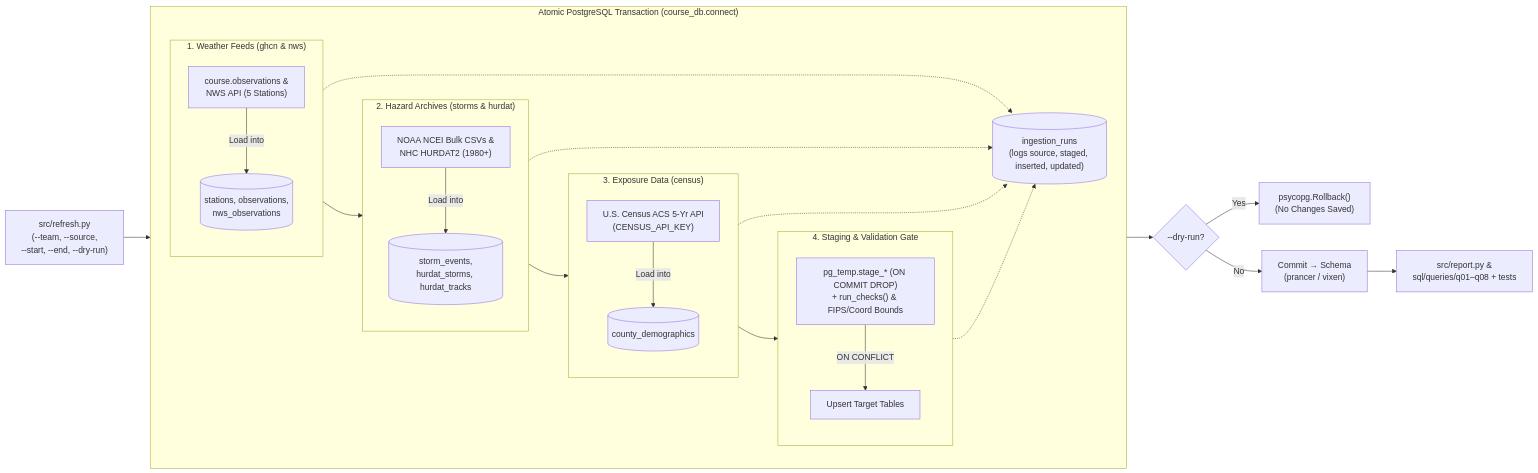
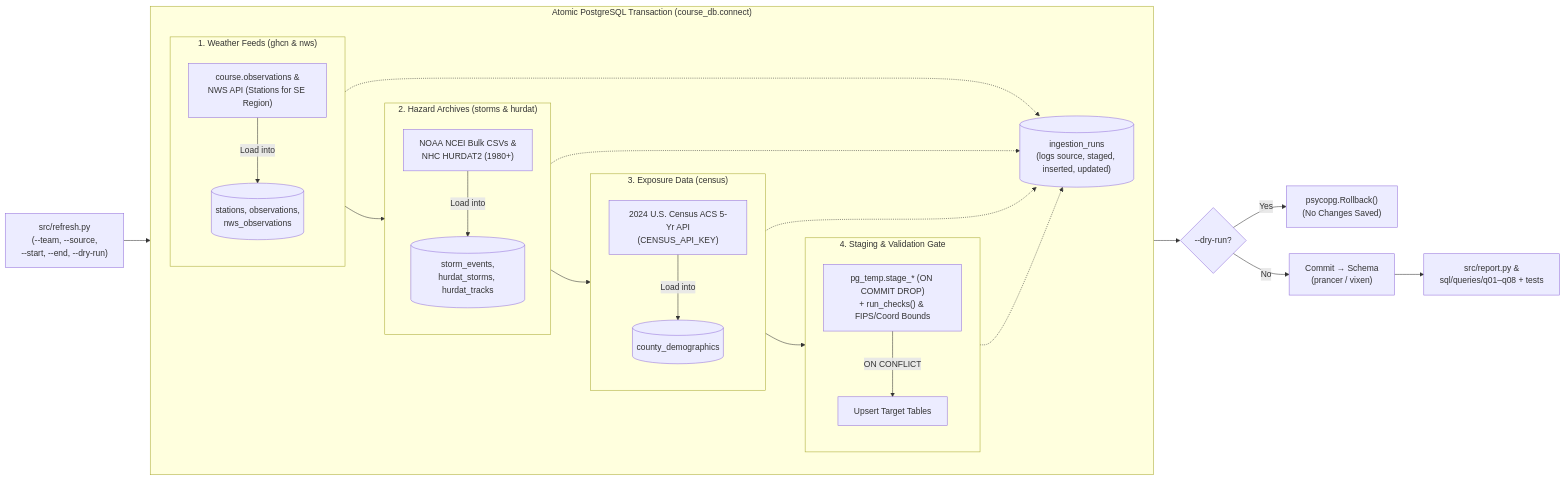
The first of 2 diagrams in docs/technical-spec.md (dpham03/TeamVixen-ClimateETL-Receiver), drawn with Mermaid before and after one commit.

Commit message:
update ERD

````diff
--- a/docs/technical-spec.md
+++ b/docs/technical-spec.md
@@ -59,40 +59,40 @@
 ```mermaid
 flowchart LR
     CLI["src/refresh.py<br/>(--team, --source,<br/>--start, --end, --dry-run)"] --> TX
 
     subgraph TX["Atomic PostgreSQL Transaction (course_db.connect)"]
         direction LR
 
         subgraph S1["1. Weather Feeds (ghcn &amp; nws)"]
             direction TB
-            W_IN["course.observations &amp;<br/>NWS API (5 Stations)"] -->|Load into| T1[("stations, observations,<br/>nws_observations")]
+            W_IN["course.observations &amp;<br/>NWS API (Stations for SE Region)"] -->|Load into| T1[("stations, observations,<br/>nws_observations")]
         end
 
         subgraph S2["2. Hazard Archives (storms &amp; hurdat)"]
             direction TB
             H_IN["NOAA NCEI Bulk CSVs &amp;<br/>NHC HURDAT2 (1980+)"] -->|Load into| T2[("storm_events,<br/>hurdat_storms, hurdat_tracks")]
         end
 
         subgraph S3["3. Exposure Data (census)"]
             direction TB
-            C_IN["U.S. Census ACS 5-Yr API<br/>(CENSUS_API_KEY)"] -->|Load into| T3[("county_demographics")]
+            C_IN["2024 U.S. Census ACS 5-Yr API<br/>(CENSUS_API_KEY)"] -->|Load into| T3[("county_demographics")]
         end
 
         subgraph S4["4. Staging &amp; Validation Gate"]
             direction TB
             STG["pg_temp.stage_* (ON COMMIT DROP)<br/>+ run_checks() &amp; FIPS/Coord Bounds"] -->|ON CONFLICT| UPS["Upsert Target Tables"]
         end
 
         S1 --> S2 --> S3 --> S4
 
         S1 -.-> LOG[("ingestion_runs<br/>(logs source, staged, inserted, updated)")]
         S2 -.-> LOG
         S3 -.-> LOG
         S4 -.-> LOG
     end
 
     TX --> DRY{"--dry-run?"}
     DRY -->|Yes| RB["psycopg.Rollback()<br/>(No Changes Saved)"]
     DRY -->|No| CM["Commit &rarr; Schema<br/>(prancer / vixen)"]
     CM --> RPT["src/report.py &amp;<br/>sql/queries/q01–q08 + tests"]
 ```
````
